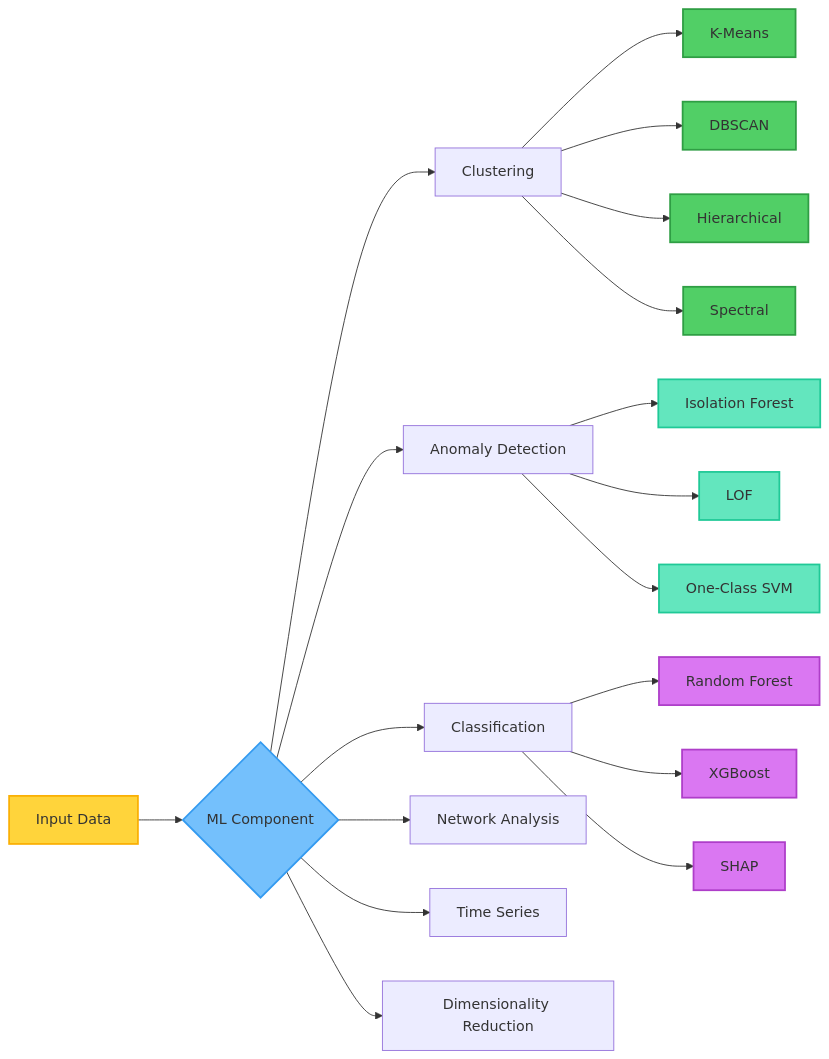
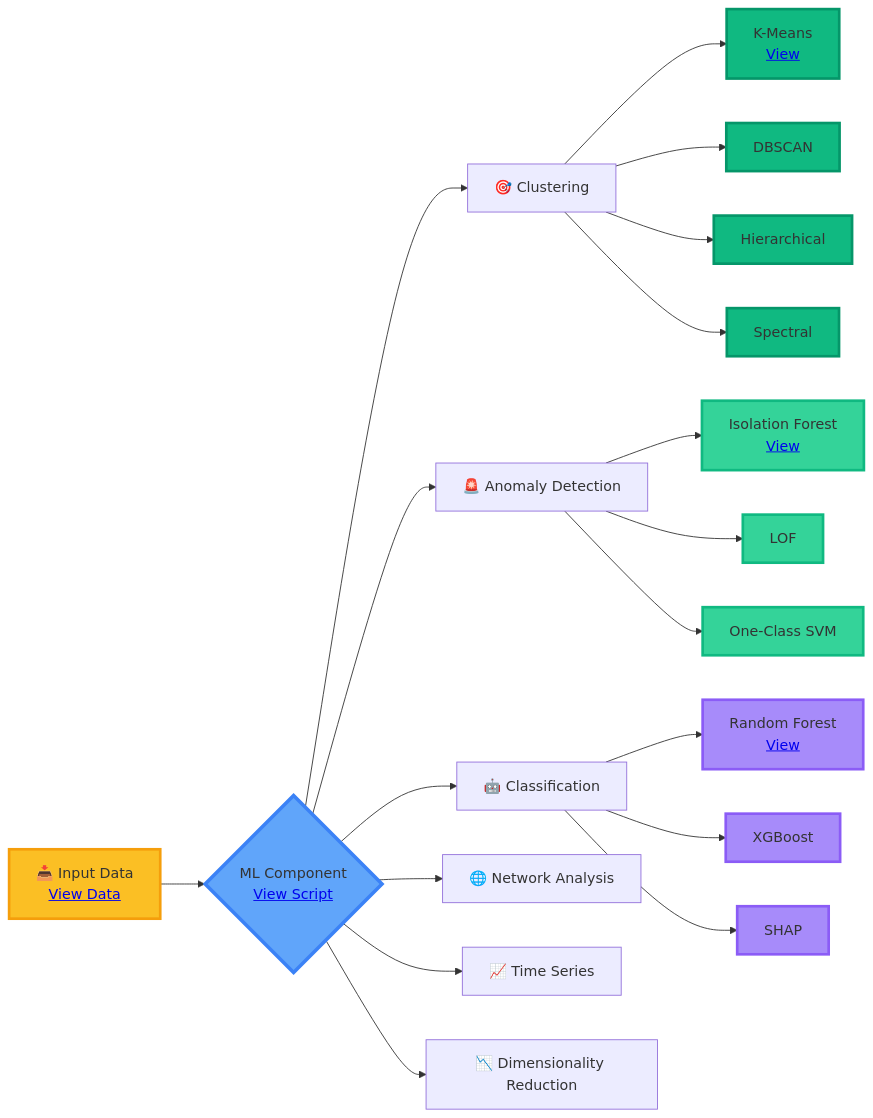
Before and after one commit to 1digitaldesign/kettler-data-analysis: the second of 3 diagrams in scripts/analysis/IMPLEMENTATION_SUMMARY.md, drawn with Mermaid. The commit also changed other lines of this file and 8 other files, not shown here.

First line of the commit message:
fix: Improve dark mode contrast and add interactive elements to diagrams

````diff
--- a/scripts/analysis/IMPLEMENTATION_SUMMARY.md
+++ b/scripts/analysis/IMPLEMENTATION_SUMMARY.md
@@ -113,36 +113,36 @@
 ```mermaid
 graph LR
-    A[Input Data] --> B{ML Component}
-    B --> C[Clustering]
-    B --> D[Anomaly Detection]
-    B --> E[Classification]
-    B --> F[Network Analysis]
-    B --> G[Time Series]
-    B --> H[Dimensionality Reduction]
-    
-    C --> I[K-Means]
-    C --> J[DBSCAN]
-    C --> K[Hierarchical]
-    C --> L[Spectral]
-    
-    D --> M[Isolation Forest]
-    D --> N[LOF]
-    D --> O[One-Class SVM]
-    
-    E --> P[Random Forest]
-    E --> Q[XGBoost]
-    E --> R[SHAP]
-    
-    style A fill:#ffd43b,stroke:#fab005,stroke-width:2px
-    style B fill:#74c0fc,stroke:#339af0,stroke-width:2px
-    style I fill:#51cf66,stroke:#2f9e44,stroke-width:2px
-    style J fill:#51cf66,stroke:#2f9e44,stroke-width:2px
-    style K fill:#51cf66,stroke:#2f9e44,stroke-width:2px
-    style L fill:#51cf66,stroke:#2f9e44,stroke-width:2px
-    style M fill:#63e6be,stroke:#20c997,stroke-width:2px
-    style N fill:#63e6be,stroke:#20c997,stroke-width:2px
-    style O fill:#63e6be,stroke:#20c997,stroke-width:2px
-    style P fill:#da77f2,stroke:#ae3ec9,stroke-width:2px
-    style Q fill:#da77f2,stroke:#ae3ec9,stroke-width:2px
-    style R fill:#da77f2,stroke:#ae3ec9,stroke-width:2px
+    A["📥 Input Data<br/><a href='data/processed/lariat_enriched.json'>View Data</a>"] --> B{ML Component<br/><a href='scripts/analysis/ml_tax_structure_analysis.py'>View Script</a>}
+    B --> C["🎯 Clustering"]
+    B --> D["🚨 Anomaly Detection"]
+    B --> E["🤖 Classification"]
+    B --> F["🌐 Network Analysis"]
+    B --> G["📈 Time Series"]
+    B --> H["📉 Dimensionality Reduction"]
+
+    C --> I["K-Means<br/><a href='data/processed/ml_tax_structure_analysis.json#clustering'>View</a>"]
+    C --> J["DBSCAN"]
+    C --> K["Hierarchical"]
+    C --> L["Spectral"]
+
+    D --> M["Isolation Forest<br/><a href='data/processed/ml_tax_structure_analysis.json#anomaly'>View</a>"]
+    D --> N["LOF"]
+    D --> O["One-Class SVM"]
+
+    E --> P["Random Forest<br/><a href='data/processed/ml_tax_structure_analysis.json#classification'>View</a>"]
+    E --> Q["XGBoost"]
+    E --> R["SHAP"]
+
+    style A fill:#fbbf24,stroke:#f59e0b,stroke-width:3px
+    style B fill:#60a5fa,stroke:#3b82f6,stroke-width:4px
+    style I fill:#10b981,stroke:#059669,stroke-width:3px
+    style J fill:#10b981,stroke:#059669,stroke-width:3px
+    style K fill:#10b981,stroke:#059669,stroke-width:3px
+    style L fill:#10b981,stroke:#059669,stroke-width:3px
+    style M fill:#34d399,stroke:#10b981,stroke-width:3px
+    style N fill:#34d399,stroke:#10b981,stroke-width:3px
+    style O fill:#34d399,stroke:#10b981,stroke-width:3px
+    style P fill:#a78bfa,stroke:#8b5cf6,stroke-width:3px
+    style Q fill:#a78bfa,stroke:#8b5cf6,stroke-width:3px
+    style R fill:#a78bfa,stroke:#8b5cf6,stroke-width:3px
 ```
````
